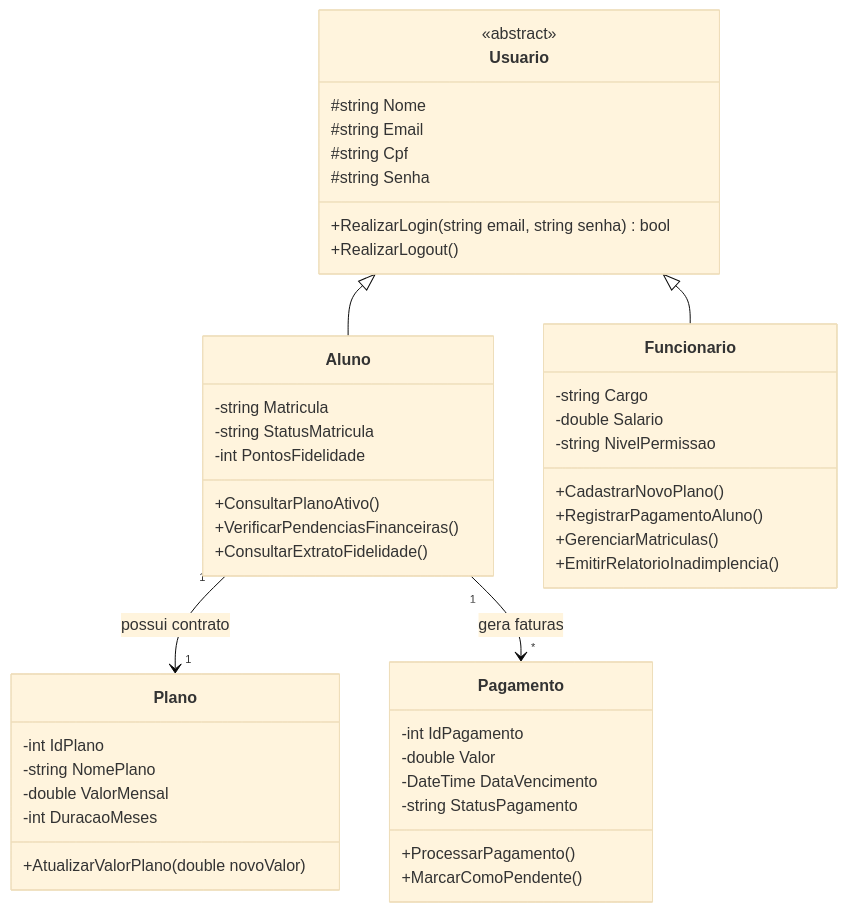
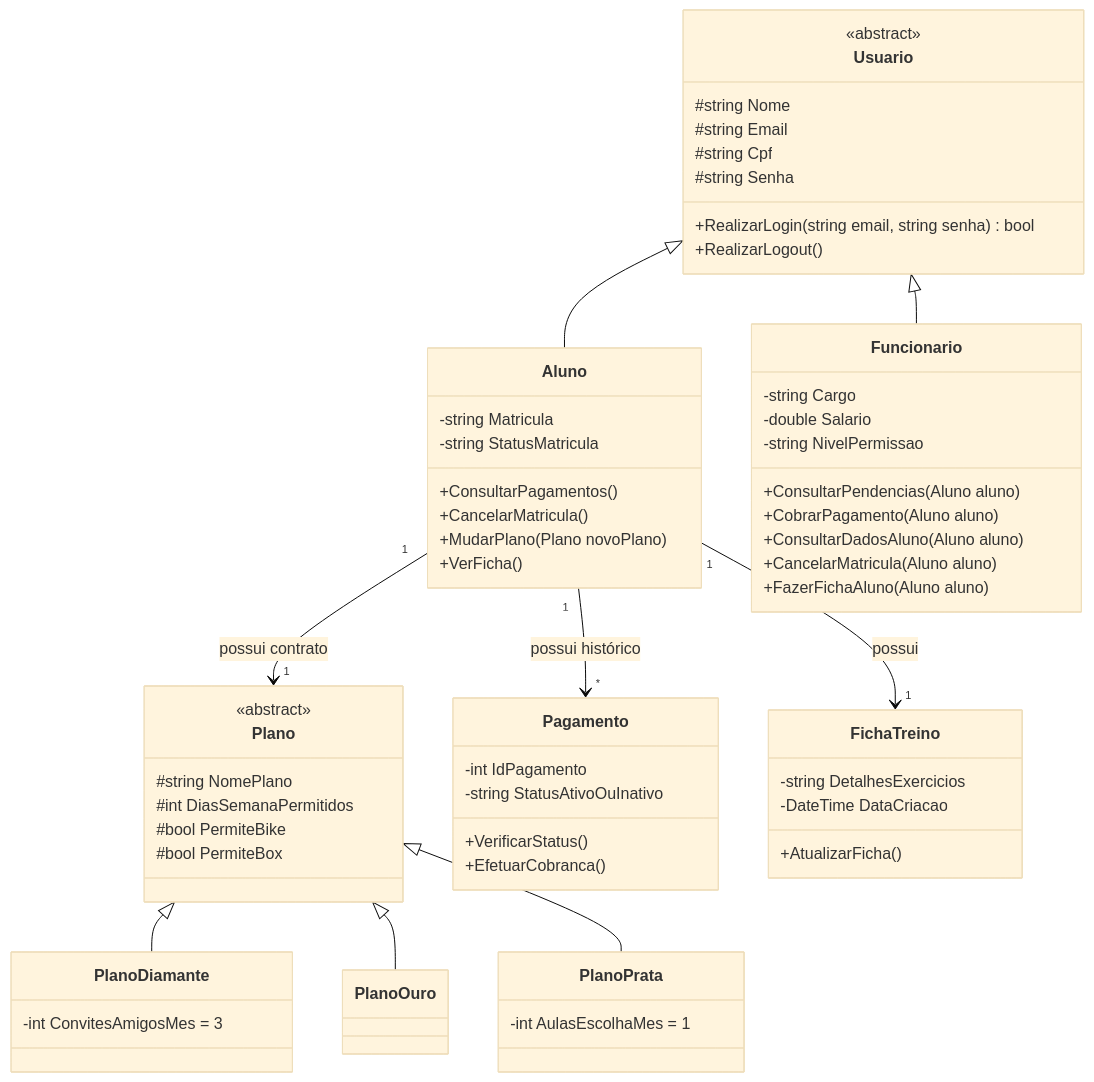
One commit to Zoldink/Sistema-de-Academia changed the diagram in Modelagem.md. Above: the diagram before and after it, drawn with Mermaid (base theme). The commit also changed other lines of this file, not shown here.

Commit message:
Revise class structure and responsibilities in Modelagem
Updated class definitions and relationships in Modelagem.md, including new methods and attributes for Aluno, Funcionario, Plano, Pagamento, and FichaTreino.

````diff
--- a/Modelagem.md
+++ b/Modelagem.md
@@ -12,54 +12,74 @@
 ```mermaid
 classDiagram
     class Usuario {
         <<abstract>>
         #string Nome
         #string Email
         #string Cpf
         #string Senha
         +RealizarLogin(string email, string senha) bool
         +RealizarLogout()
     }
     
     class Aluno {
         -string Matricula
         -string StatusMatricula
-        -int PontosFidelidade
-        +ConsultarPlanoAtivo()
-        +VerificarPendenciasFinanceiras()
-        +ConsultarExtratoFidelidade()
+        +ConsultarPagamentos()
+        +CancelarMatricula()
+        +MudarPlano(Plano novoPlano)
+        +VerFicha()
     }
     
     class Funcionario {
         -string Cargo
         -double Salario
         -string NivelPermissao
-        +CadastrarNovoPlano()
-        +RegistrarPagamentoAluno()
-        +GerenciarMatriculas()
-        +EmitirRelatorioInadimplencia()
+        +ConsultarPendencias(Aluno aluno)
+        +CobrarPagamento(Aluno aluno)
+        +ConsultarDadosAluno(Aluno aluno)
+        +CancelarMatricula(Aluno aluno)
+        +FazerFichaAluno(Aluno aluno)
     }
     
     class Plano {
-        -int IdPlano
-        -string NomePlano
-        -double ValorMensal
-        -int DuracaoMeses
-        +AtualizarValorPlano(double novoValor)
+        <<abstract>>
+        #string NomePlano
+        #int DiasSemanaPermitidos
+        #bool PermiteBike
+        #bool PermiteBox
+    }
+
+    class PlanoDiamante {
+        -int ConvitesAmigosMes = 3
+    }
+
+    class PlanoOuro {
+    }
+
+    class PlanoPrata {
+        -int AulasEscolhaMes = 1
     }
     
     class Pagamento {
         -int IdPagamento
-        -double Valor
-        -DateTime DataVencimento
-        -string StatusPagamento
-        +ProcessarPagamento()
-        +MarcarComoPendente()
+        -string StatusAtivoOuInativo
+        +VerificarStatus()
+        +EfetuarCobranca()
+    }
+
+    class FichaTreino {
+        -string DetalhesExercicios
+        -DateTime DataCriacao
+        +AtualizarFicha()
     }
 
     Usuario <|-- Aluno
     Usuario <|-- Funcionario
+    Plano <|-- PlanoDiamante
+    Plano <|-- PlanoOuro
+    Plano <|-- PlanoPrata
     Aluno "1" --> "1" Plano : possui contrato
-    Aluno "1" --> "*" Pagamento : gera faturas
+    Aluno "1" --> "*" Pagamento : possui histórico
+    Aluno "1" --> "1" FichaTreino : possui
 
 ```
````
